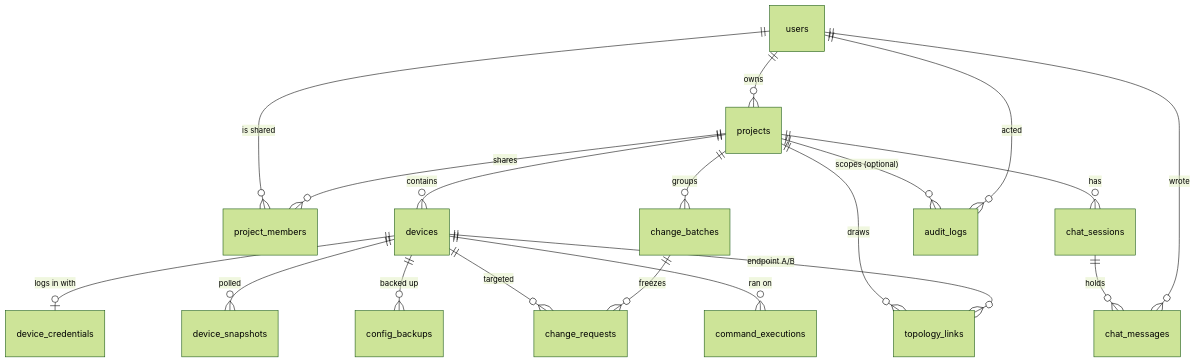
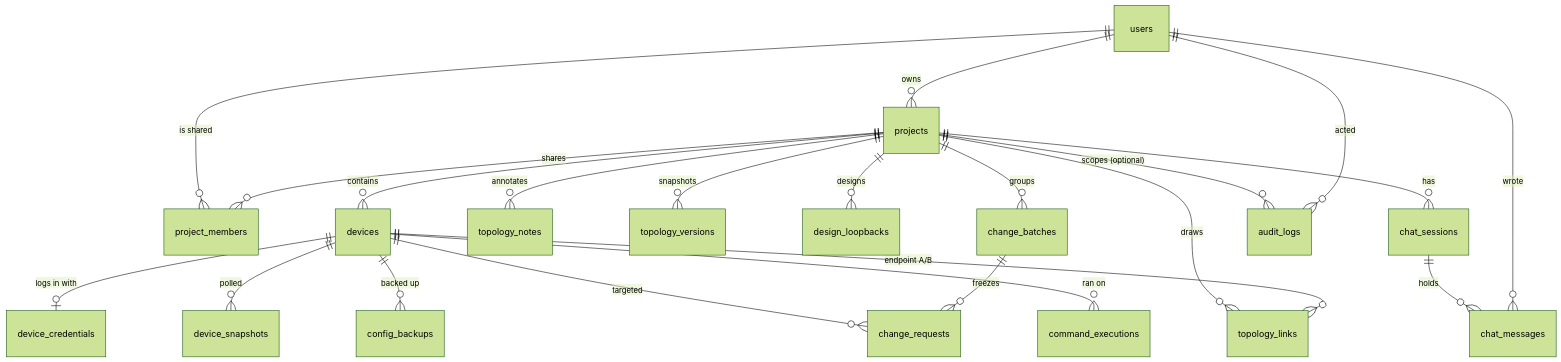
One commit to TuanTran-05/project-csn301-group1 changed the diagram in docs/database.md. Above: the diagram before and after it, drawn with Mermaid (forest theme). The commit also changed other lines of this file and 16 other files, not shown here.

First line of the commit message:
Phase C: port-channels, loopbacks, router-on-a-stick, versions UI, docs

````diff
--- a/docs/database.md
+++ b/docs/database.md
@@ -9,21 +9,24 @@
 ```mermaid
 erDiagram
     users ||--o{ projects : owns
     users ||--o{ project_members : "is shared"
     projects ||--o{ project_members : shares
     projects ||--o{ devices : contains
     projects ||--o{ topology_links : draws
+    projects ||--o{ topology_notes : annotates
+    projects ||--o{ topology_versions : snapshots
+    projects ||--o{ design_loopbacks : designs
     projects ||--o{ chat_sessions : has
     projects ||--o{ change_batches : groups
     projects ||--o{ audit_logs : "scopes (optional)"
     devices ||--o| device_credentials : "logs in with"
     devices ||--o{ device_snapshots : polled
     devices ||--o{ config_backups : "backed up"
     devices ||--o{ change_requests : targeted
     devices ||--o{ command_executions : "ran on"
     devices ||--o{ topology_links : "endpoint A/B"
     change_batches ||--o{ change_requests : "freezes"
     chat_sessions ||--o{ chat_messages : holds
     users ||--o{ chat_messages : wrote
     users ||--o{ audit_logs : acted
 ```
````
